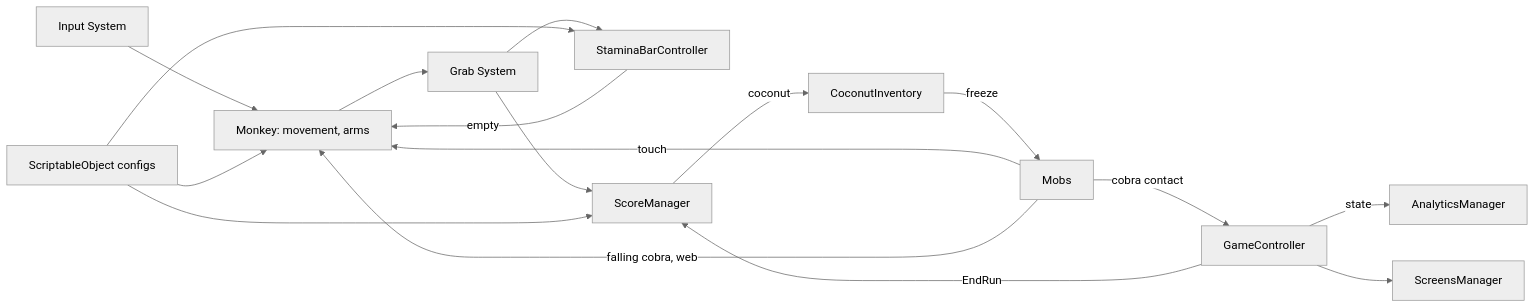
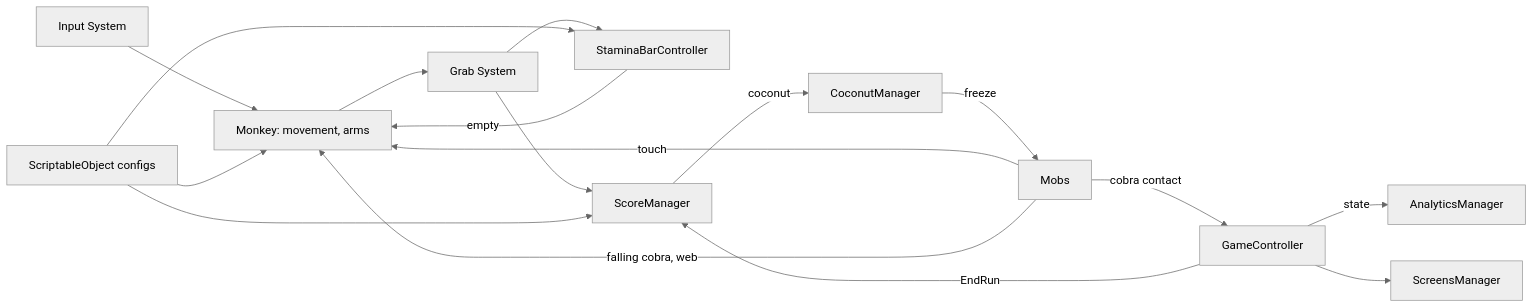
Before and after one commit to CSCI-526/Team4-Lu_Lu: the first of 2 diagrams in docs/monkobra-tdd.md, drawn with Mermaid (neutral theme). The commit also changed other lines of this file and 6 other files, not shown here.

First line of the commit message:
document CoconutManager, the HUD split and the thrown coconut

````diff
--- a/docs/monkobra-tdd.md
+++ b/docs/monkobra-tdd.md
@@ -45,19 +45,19 @@
 ```mermaid
 graph LR
   Input[Input System] --> Monkey[Monkey: movement, arms]
   Monkey --> Grab[Grab System]
   Grab --> Stamina[StaminaBarController]
   Grab --> Score[ScoreManager]
-  Score -->|coconut| Coconut[CoconutInventory]
+  Score -->|coconut| Coconut[CoconutManager]
   Coconut -->|freeze| Mobs
   Mobs[Mobs] -->|touch| Monkey
   Mobs -->|cobra contact| Game[GameController]
   Stamina -->|empty| Monkey
   Mobs -->|falling cobra, web| Monkey
   Game -->|state| Analytics[AnalyticsManager]
   Game --> Screens[ScreensManager]
   Game -->|EndRun| Score
   Config[ScriptableObject configs] --> Monkey
   Config --> Stamina
   Config --> Score
 ```
````
